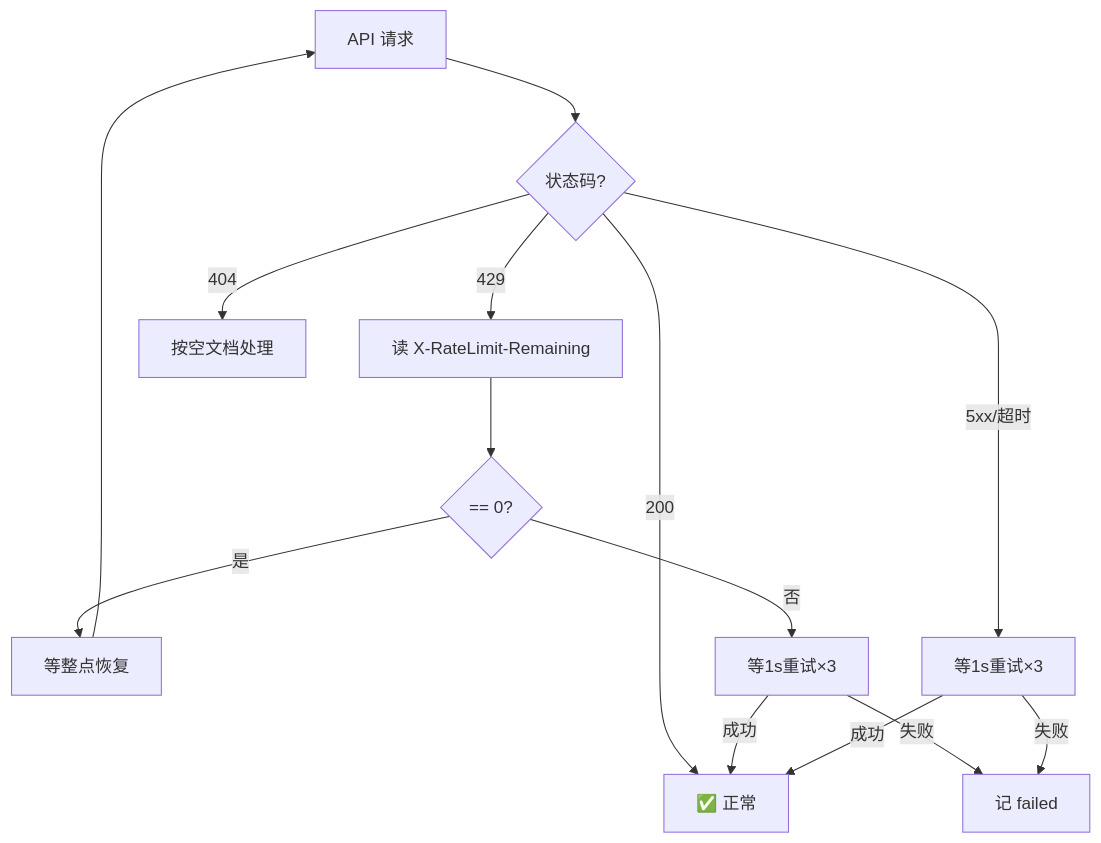
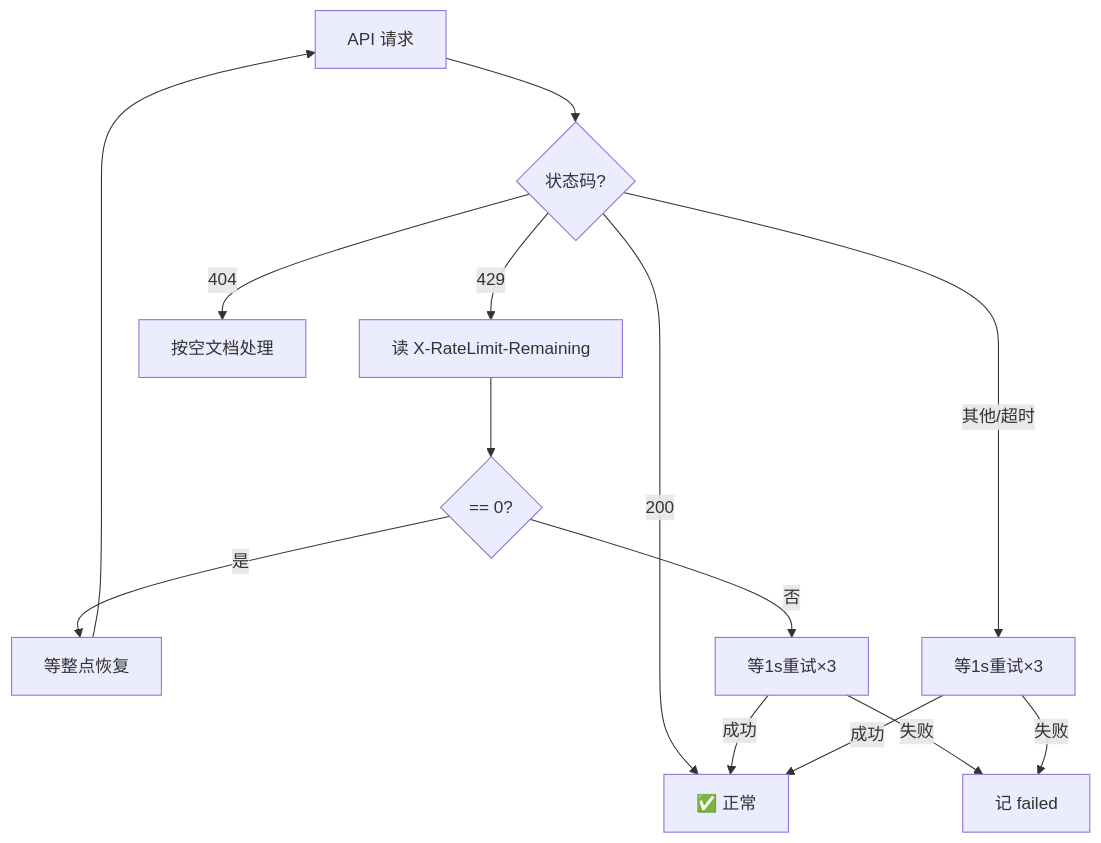
Before and after one commit to yehuoshun/yuque-migration-skill: the third of 4 diagrams in README.md, drawn with Mermaid. The commit also changed 1 other file, not shown here.

Commit message:
docs: 5xx/超时改为其他响应码/超时，涵盖所有非200/404/429的情况

````diff
--- a/README.md
+++ b/README.md
@@ -213,15 +213,15 @@
 ```mermaid
 flowchart TD
     A["API 请求"] --> B{"状态码?"}
     B -->|200| C["✅ 正常"]
     B -->|429| D["读 X-RateLimit-Remaining"]
     D --> D1{"== 0?"}
     D1 -->|是| D2["等整点恢复"] --> A
     D1 -->|否| D3["等1s重试×3"]
     D3 -->|成功| C
     D3 -->|失败| F["记 failed"]
     B -->|404| E["按空文档处理"]
-    B -->|5xx/超时| F1["等1s重试×3"]
+    B -->|其他/超时| F1["等1s重试×3"]
     F1 -->|成功| C
     F1 -->|失败| F
 ```
````
